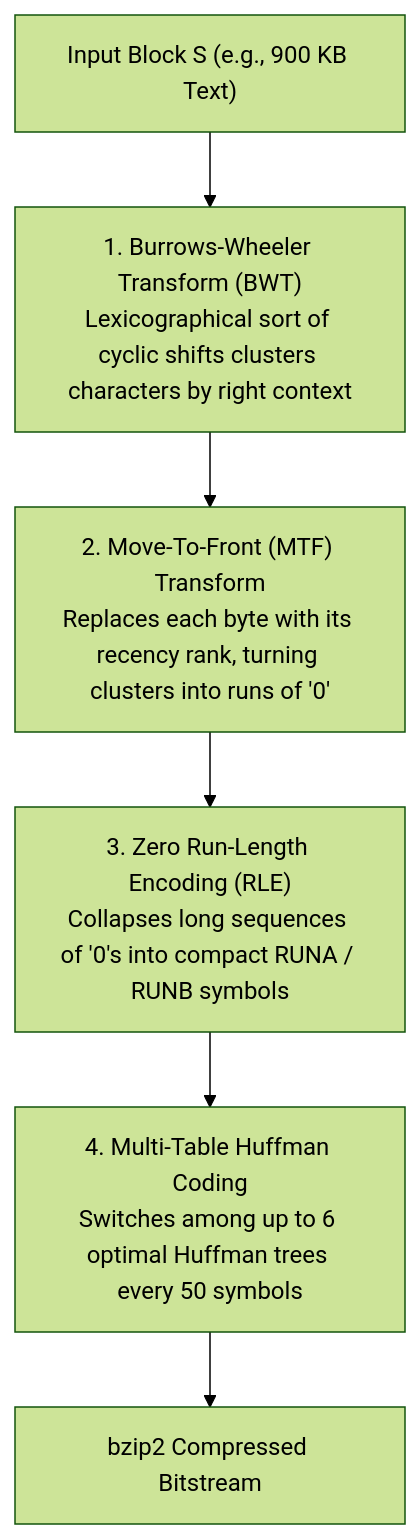
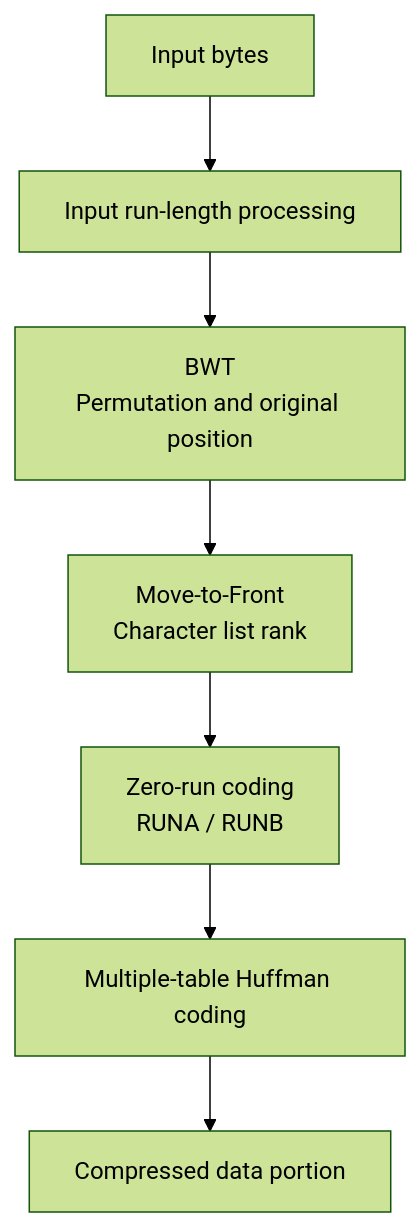
Before and after one commit to kenjinote/blog: the second of 2 diagrams in content/post/lossless-data-compression-shannon-entropy-huffman-lz77-arithmetic-coding-ans/index.en.md, drawn with Mermaid (forest theme). The commit also changed other lines of this file and 15 other files, not shown here.

````diff
--- a/content/post/lossless-data-compression-shannon-entropy-huffman-lz77-arithmetic-coding-ans/index.en.md
+++ b/content/post/lossless-data-compression-shannon-entropy-huffman-lz77-arithmetic-coding-ans/index.en.md
@@ -310,8 +304,9 @@
 ```mermaid
 flowchart TD
-    BWT_In["Input Block S (e.g., 900 KB Text)"] --> BWT["1. Burrows-Wheeler Transform (BWT)<br/>Lexicographical sort of cyclic shifts clusters characters by right context"]
-    BWT --> MTF["2. Move-To-Front (MTF) Transform<br/>Replaces each byte with its recency rank, turning clusters into runs of '0'"]
-    MTF --> RLE["3. Zero Run-Length Encoding (RLE)<br/>Collapses long sequences of '0's into compact RUNA / RUNB symbols"]
-    RLE --> Huff["4. Multi-Table Huffman Coding<br/>Switches among up to 6 optimal Huffman trees every 50 symbols"]
-    Huff --> BWT_Out["bzip2 Compressed Bitstream"]
+    Input["Input bytes"] --> RLE1["Input run-length processing"]
+    RLE1 --> BWT["BWT<br/>Permutation and original position"]
+    BWT --> MTF["Move-to-Front<br/>Character list rank"]
+    MTF --> RLE0["Zero-run coding<br/>RUNA / RUNB"]
+    RLE0 --> Huffman["Multiple-table Huffman coding"]
+    Huffman --> Output["Compressed data portion"]
 ```
````
